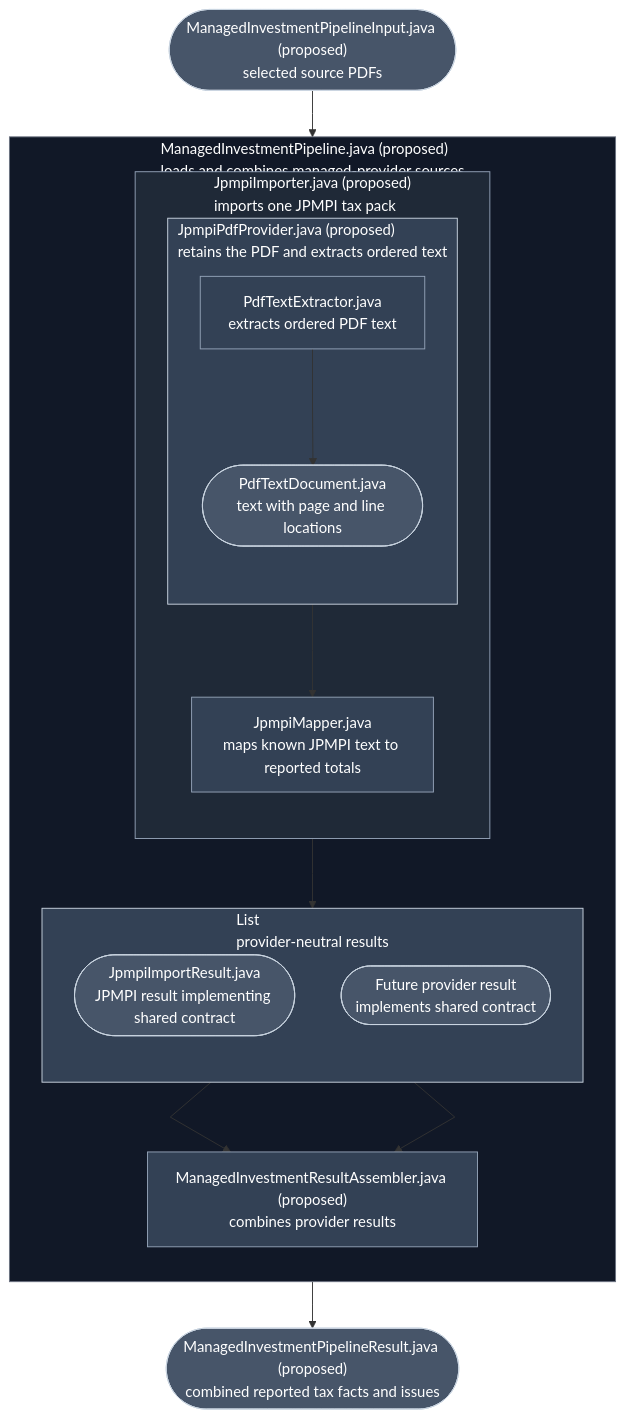
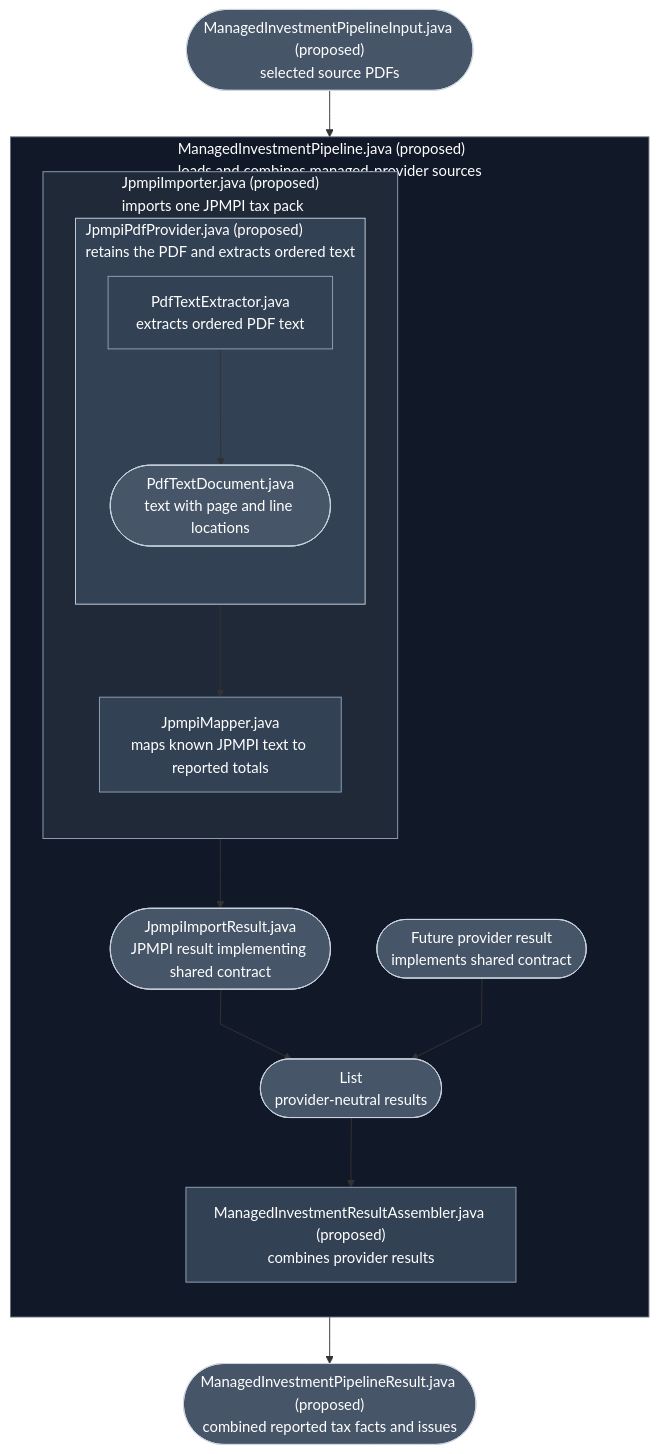
One commit to ChloeYiu/Self-Assessment-Helper changed the first of 3 diagrams in openspec/changes/archive/2026-11-24-onboard-managed-investment/design.md. Above: the diagram before and after it, drawn with Mermaid.

Commit message:
Clarify managed result assembly flow

````diff
--- a/openspec/changes/archive/2026-11-24-onboard-managed-investment/design.md
+++ b/openspec/changes/archive/2026-11-24-onboard-managed-investment/design.md
@@ -17,41 +17,38 @@
 ```mermaid
 %%{init: {"flowchart": {"curve": "linear"}} }%%
 flowchart TD
     PipelineInput(["ManagedInvestmentPipelineInput.java (proposed)<br/>selected source PDFs"])
     PipelineResult(["ManagedInvestmentPipelineResult.java (proposed)<br/>combined reported tax facts and issues"])
 
     subgraph ManagedInvestmentPipeline["ManagedInvestmentPipeline.java (proposed)<br/>loads and combines managed-provider sources"]
         direction TB
         subgraph JpmpiImporterSystem["JpmpiImporter.java (proposed)<br/>imports one JPMPI tax pack"]
             direction TB
             subgraph PdfProvider["JpmpiPdfProvider.java (proposed)<br/>retains the PDF and extracts ordered text"]
                 direction TB
                 PdfText["PdfTextExtractor.java<br/>extracts ordered PDF text"]
                 PdfTextDocument(["PdfTextDocument.java<br/>text with page and line locations"])
                 PdfText --> PdfTextDocument
             end
             Mapper["JpmpiMapper.java<br/>maps known JPMPI text to reported totals"]
             PdfTextDocument --> Mapper
         end
-        subgraph SourceResults["List<ManagedInvestmentSourceResult><br/>provider-neutral results"]
-            direction TB
-            JpmpiResult(["JpmpiImportResult.java<br/>JPMPI result implementing shared contract"])
-            FutureProviderResult(["Future provider result<br/>implements shared contract"])
-        end
+        JpmpiResult(["JpmpiImportResult.java<br/>JPMPI result implementing shared contract"])
+        FutureProviderResult(["Future provider result<br/>implements shared contract"])
+        SourceResults(["List<ManagedInvestmentSourceResult><br/>provider-neutral results"])
         ResultAssembler["ManagedInvestmentResultAssembler.java (proposed)<br/>combines provider results"]
-        Mapper --> JpmpiResult --> ResultAssembler
-        FutureProviderResult --> ResultAssembler
+        Mapper --> JpmpiResult --> SourceResults --> ResultAssembler
+        FutureProviderResult --> SourceResults
     end
 
-    PipelineInput --> ManagedInvestmentPipeline
-    ManagedInvestmentPipeline --> PipelineResult
+    PipelineInput --> PdfText
+    ResultAssembler --> PipelineResult
 
     classDef worker fill:#334155,stroke:#94a3b8,color:#ffffff
     classDef data fill:#475569,stroke:#cbd5e1,color:#ffffff
     class PdfText,Mapper,ResultAssembler worker
-    class PipelineInput,PipelineResult,PdfTextDocument,JpmpiResult,FutureProviderResult data
+    class PipelineInput,PipelineResult,PdfTextDocument,JpmpiResult,FutureProviderResult,SourceResults data
     style ManagedInvestmentPipeline fill:#111827,stroke:#6b7280,color:#ffffff
     style JpmpiImporterSystem fill:#1f2937,stroke:#94a3b8,color:#ffffff
     style PdfProvider fill:#334155,stroke:#cbd5e1,color:#ffffff
-    style SourceResults fill:#334155,stroke:#cbd5e1,color:#ffffff
 ```
````
